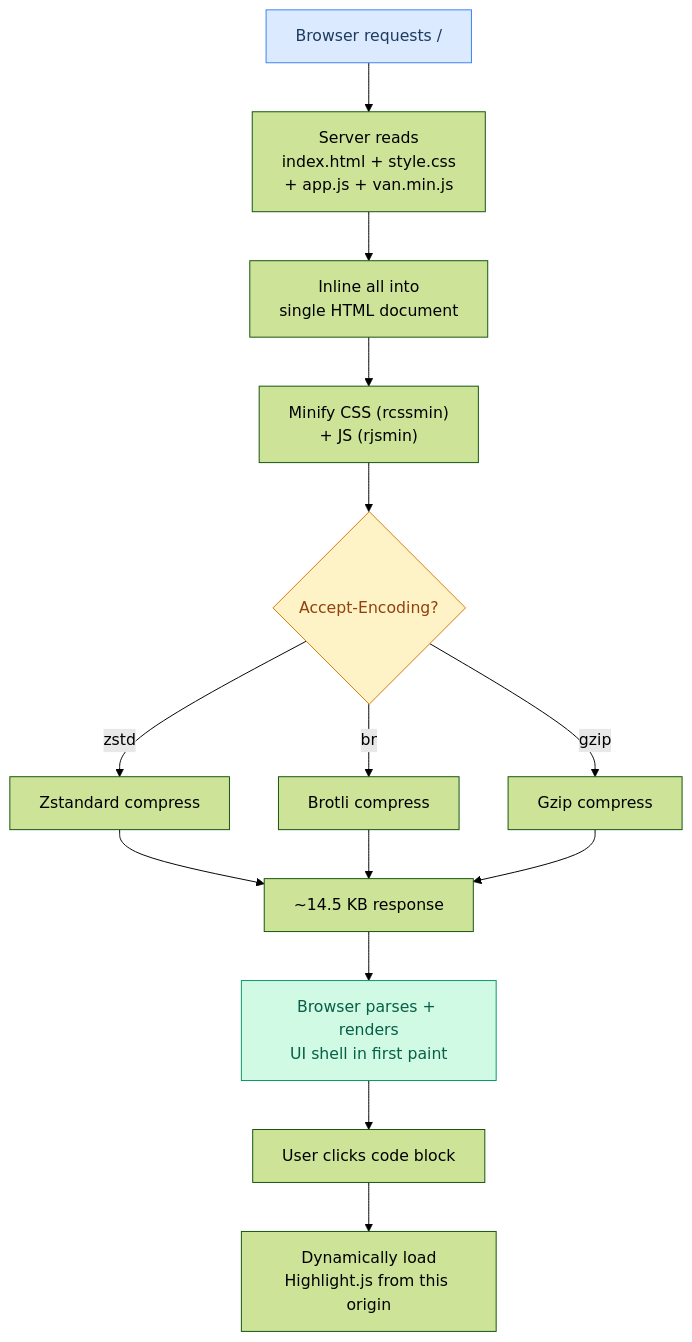
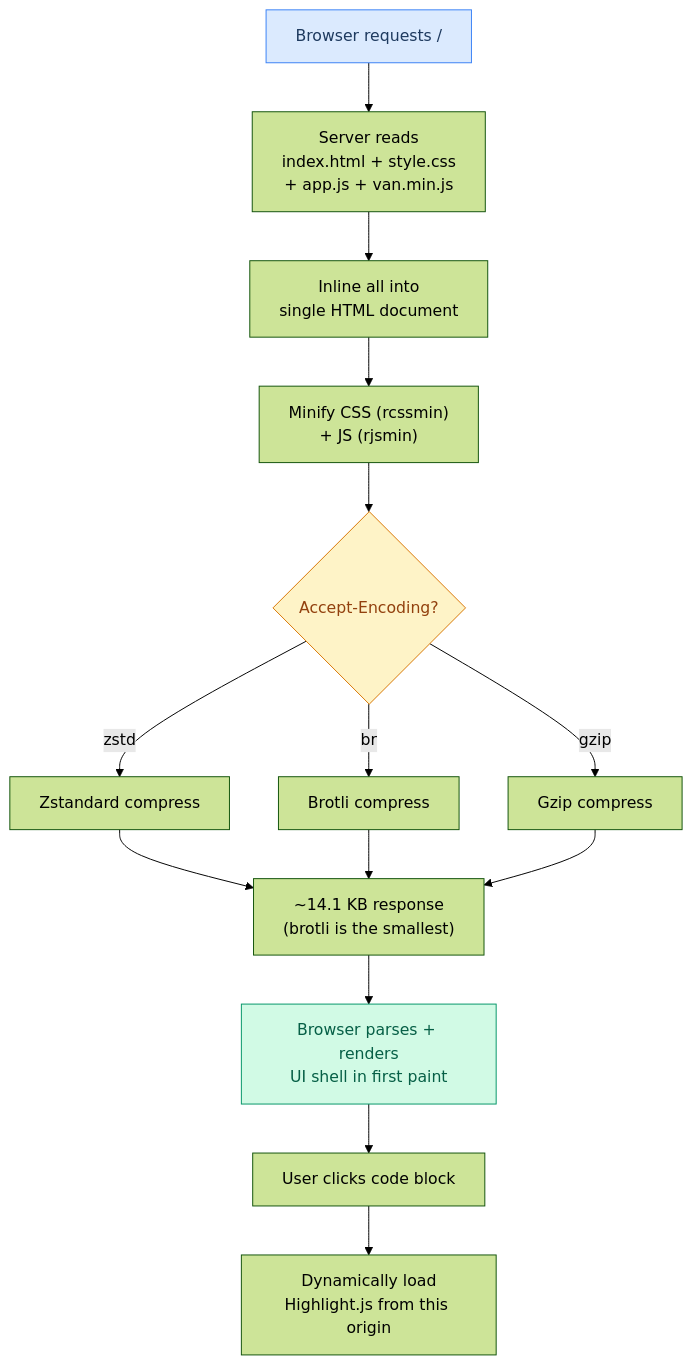
One commit to maci0/recoverage changed diagram 16 of 17 in docs/USER_STORIES.md. Above: the diagram before and after it, drawn with Mermaid (forest theme). The commit also changed other lines of this file and 4 other files, not shown here.

````diff
--- a/docs/USER_STORIES.md
+++ b/docs/USER_STORIES.md
@@ -495,21 +507,21 @@
 ```mermaid
 graph TD
     A["Browser requests /"] --> B["Server reads<br/>index.html + style.css<br/>+ app.js + van.min.js"]
     B --> C["Inline all into<br/>single HTML document"]
     C --> D["Minify CSS (rcssmin)<br/>+ JS (rjsmin)"]
     D --> E{"Accept-Encoding?"}
     E -->|zstd| F["Zstandard compress"]
     E -->|br| G["Brotli compress"]
     E -->|gzip| H["Gzip compress"]
-    F --> I["~14.5 KB response"]
+    F --> I["~14.1 KB response<br/>(brotli is the smallest)"]
     G --> I
     H --> I
     I --> J["Browser parses + renders<br/>UI shell in first paint"]
 
     J --> K["User clicks code block"]
     K --> L["Dynamically load<br/>Highlight.js from this origin"]
 
     style A fill:#dbeafe,stroke:#3b82f6,color:#1e3a5f
     style J fill:#d1fae5,stroke:#059669,color:#065f46
     style E fill:#fef3c7,stroke:#d97706,color:#92400e
 ```
````
